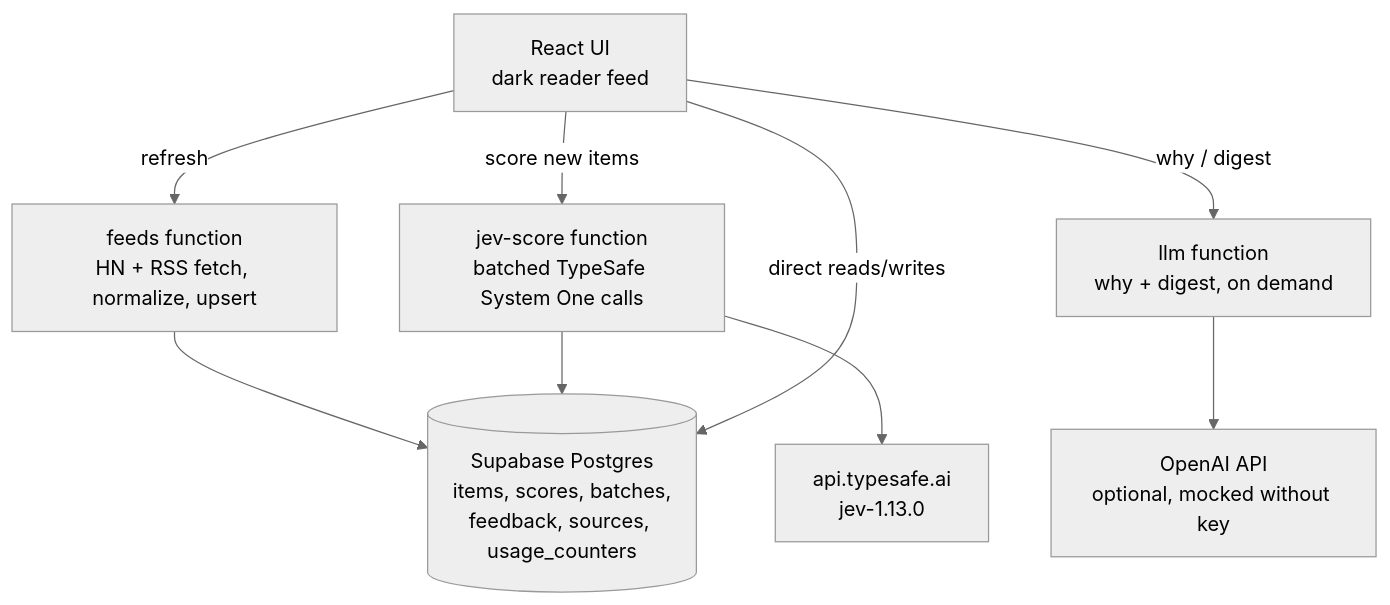
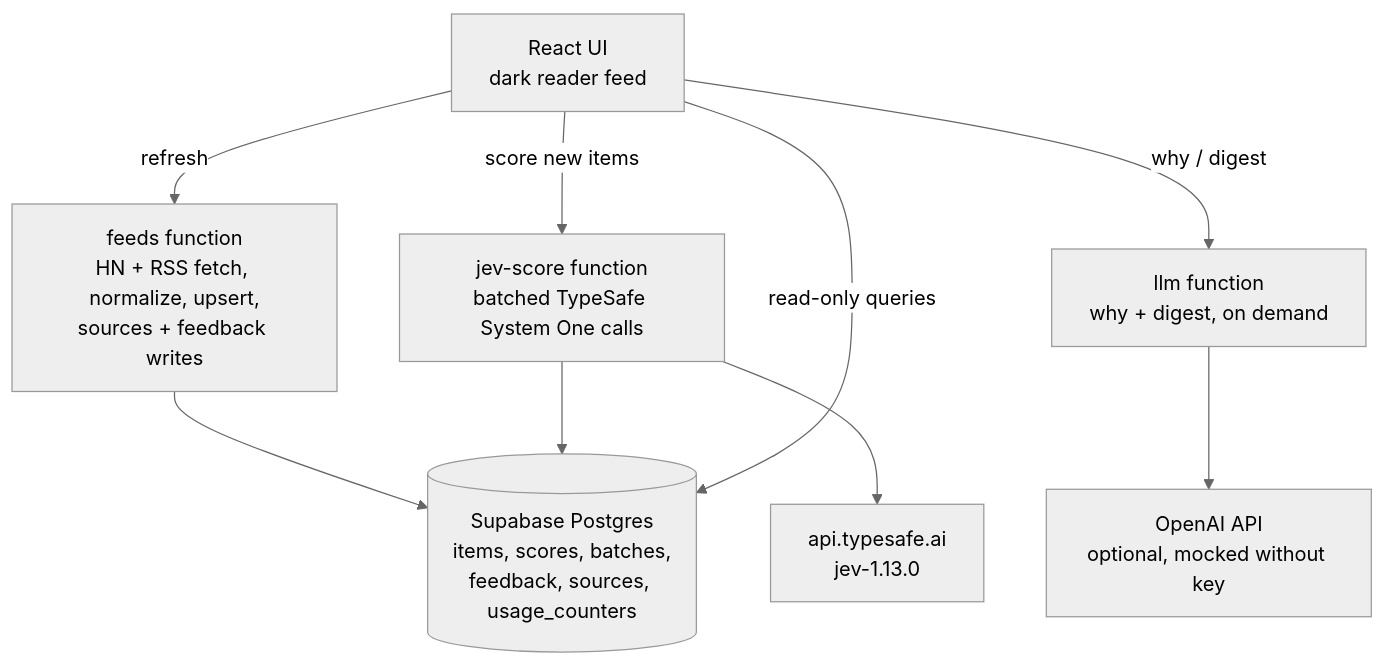
One commit to royharden/cut-the-crap-feed-reader changed the diagram in README.md. Above: the diagram before and after it, drawn with Mermaid (neutral theme). The commit also changed other lines of this file and 9 other files, not shown here.

````diff
--- a/README.md
+++ b/README.md
@@ -11,17 +11,17 @@
 ```mermaid
 graph TD
     UI[React UI<br/>dark reader feed]
-    F[feeds function<br/>HN + RSS fetch, normalize, upsert]
+    F[feeds function<br/>HN + RSS fetch, normalize, upsert,<br/>sources + feedback writes]
     J[jev-score function<br/>batched TypeSafe System One calls]
     L[llm function<br/>why + digest, on demand]
     DB[(Supabase Postgres<br/>items, scores, batches,<br/>feedback, sources, usage_counters)]
 
     UI -->|refresh| F
     UI -->|score new items| J
     UI -->|why / digest| L
     F --> DB
     J --> DB
     J --> TS[api.typesafe.ai<br/>jev-1.13.0]
     L --> OA[OpenAI API<br/>optional, mocked without key]
-    UI -->|direct reads/writes| DB
+    UI -->|read-only queries| DB
 ```
````
